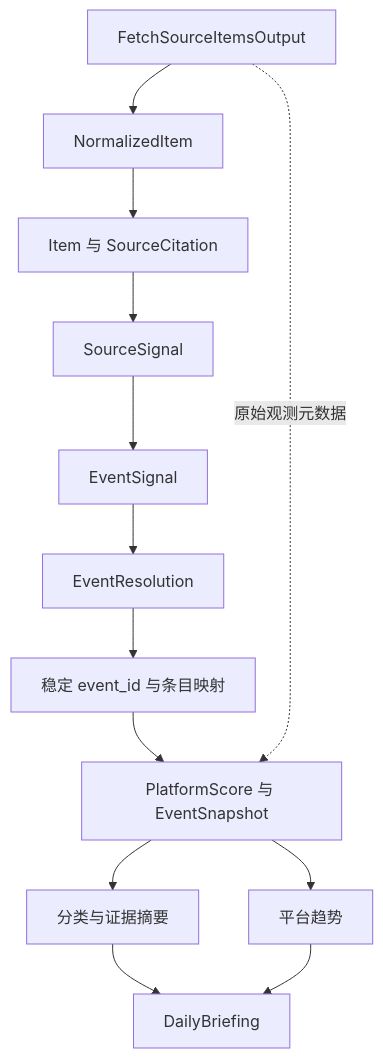
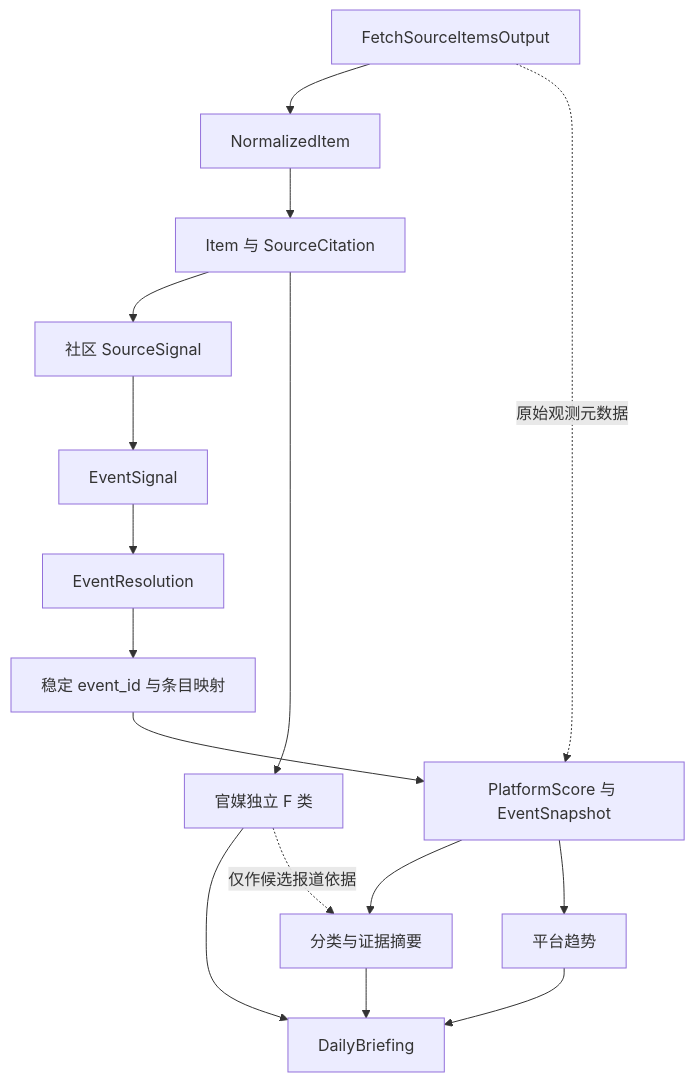
The diagram in docs/architecture.md (xiedieyitongshou/public-opinion-analysis-refactor), drawn with Mermaid before and after one commit. The commit also changed other lines of this file and 47 other files, not shown here.

````diff
--- a/docs/architecture.md
+++ b/docs/architecture.md
@@ -38,15 +39,18 @@
 ```mermaid
 flowchart TD
     A[FetchSourceItemsOutput] --> N[NormalizedItem]
     N --> I[Item 与 SourceCitation]
-    I --> S[SourceSignal]
+    I --> S[社区 SourceSignal]
+    I --> F[官媒独立 F 类]
     S --> E[EventSignal]
     E --> R[EventResolution]
     R --> ID[稳定 event_id 与条目映射]
     ID --> P[PlatformScore 与 EventSnapshot]
     A -. 原始观测元数据 .-> P
     P --> C[分类与证据摘要]
     P --> T[平台趋势]
     C --> B[DailyBriefing]
+    F --> B
+    F -. 仅作候选报道依据 .-> C
     T --> B
 ```
````
